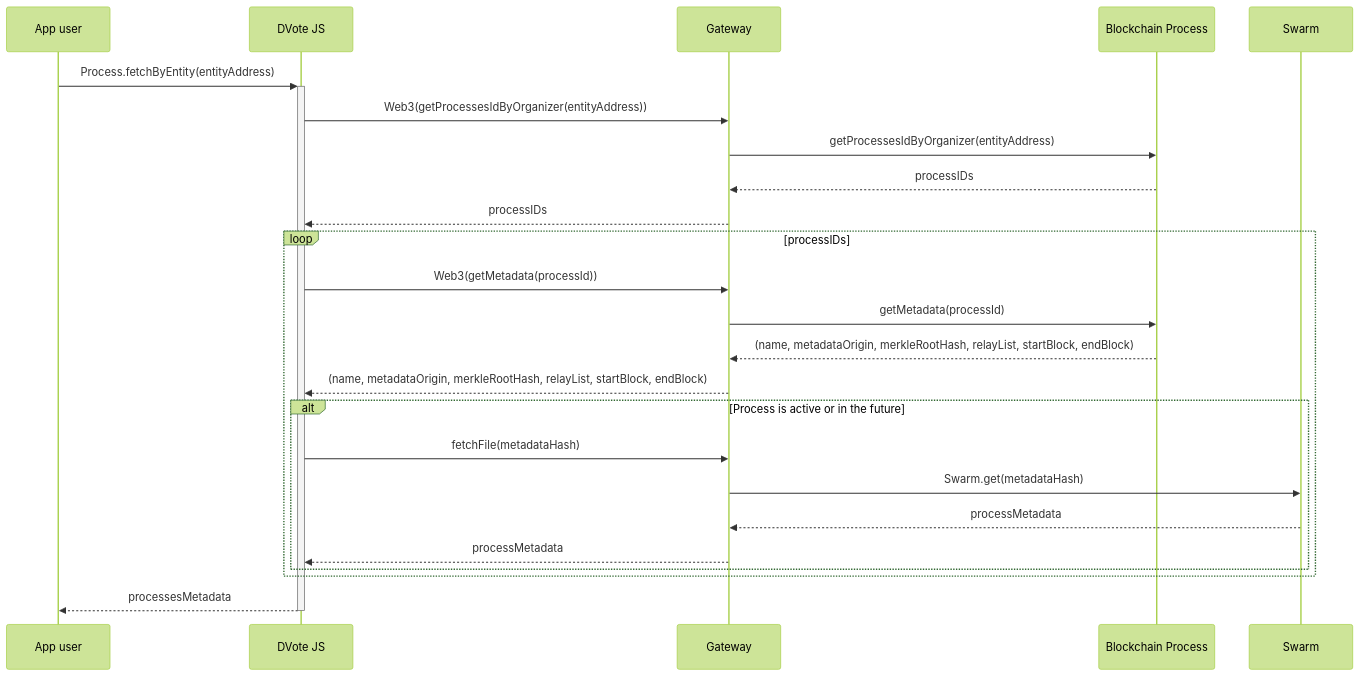
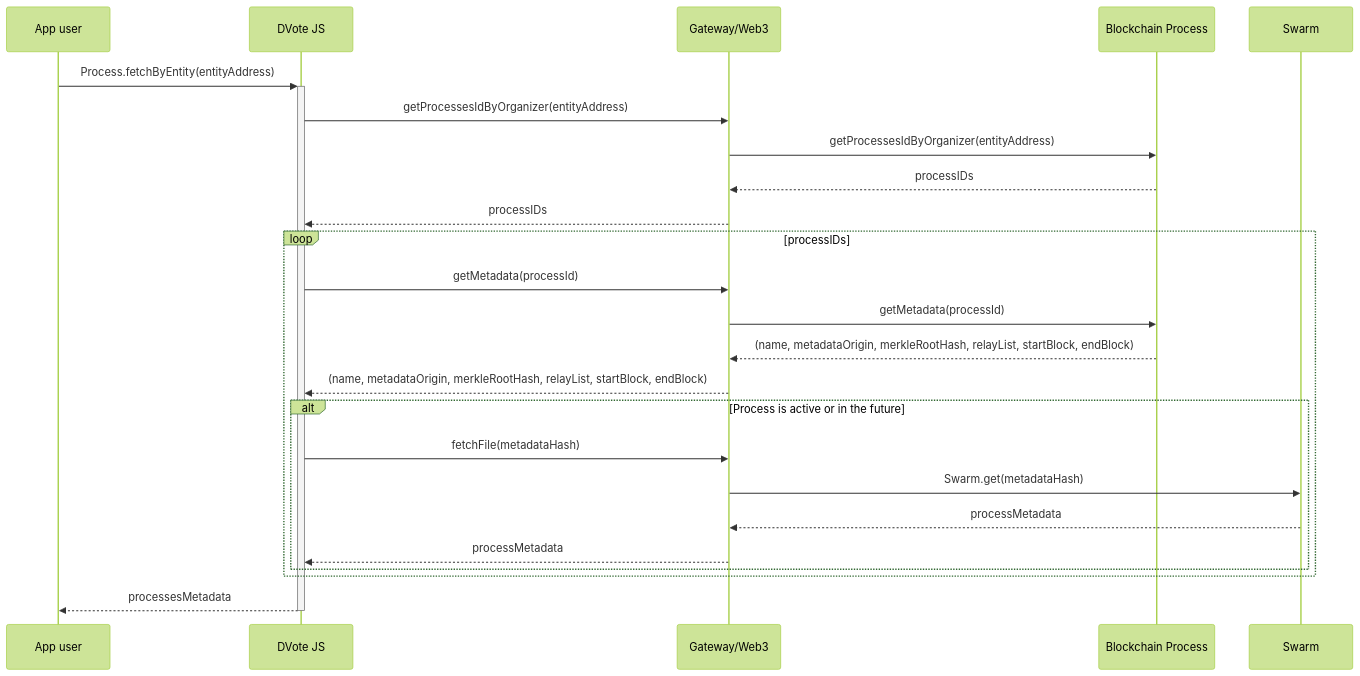
One commit to vocdoni/docs changed the eighth of 15 diagrams in docs/protocol/sequence-diagrams.md. Above: the diagram before and after it, drawn with Mermaid (forest theme). The commit also changed other lines of this file and 1 other file, not shown here.

Commit message:
added addCensusClaim, getCensusRoot, censusDump to GW RPC methods, updated sequence dias to show Web3 as available enpoint

````diff
--- a/docs/protocol/sequence-diagrams.md
+++ b/docs/protocol/sequence-diagrams.md
@@ -296,33 +296,33 @@
 ```mermaid
 sequenceDiagram
     participant App as App user
     participant DV as DVote JS
-    participant GW as Gateway
+    participant GW as Gateway/Web3
     participant BC as Blockchain Process
     participant SW as Swarm
 
     App->>+DV: Process.fetchByEntity(entityAddress)
 
-        DV->>GW: Web3(getProcessesIdByOrganizer(entityAddress))
+        DV->>GW: getProcessesIdByOrganizer(entityAddress)
         GW->>BC: getProcessesIdByOrganizer(entityAddress)
         BC-->>GW: processIDs
         GW-->>DV: processIDs
 
         loop processIDs
 
-            DV->>GW: Web3(getMetadata(processId))
+            DV->>GW: getMetadata(processId)
             GW->>BC: getMetadata(processId)
             BC-->>GW: (name, metadataOrigin, merkleRootHash, relayList, startBlock, endBlock)
             GW-->>DV: (name, metadataOrigin, merkleRootHash, relayList, startBlock, endBlock)
 
             alt Process is active or in the future
                 DV->>GW: fetchFile(metadataHash)
                 GW->>SW: Swarm.get(metadataHash)
                 SW-->>GW: processMetadata
                 GW-->>DV: processMetadata
             end
 
         end
 
     DV-->>-App: processesMetadata
 ```
````
